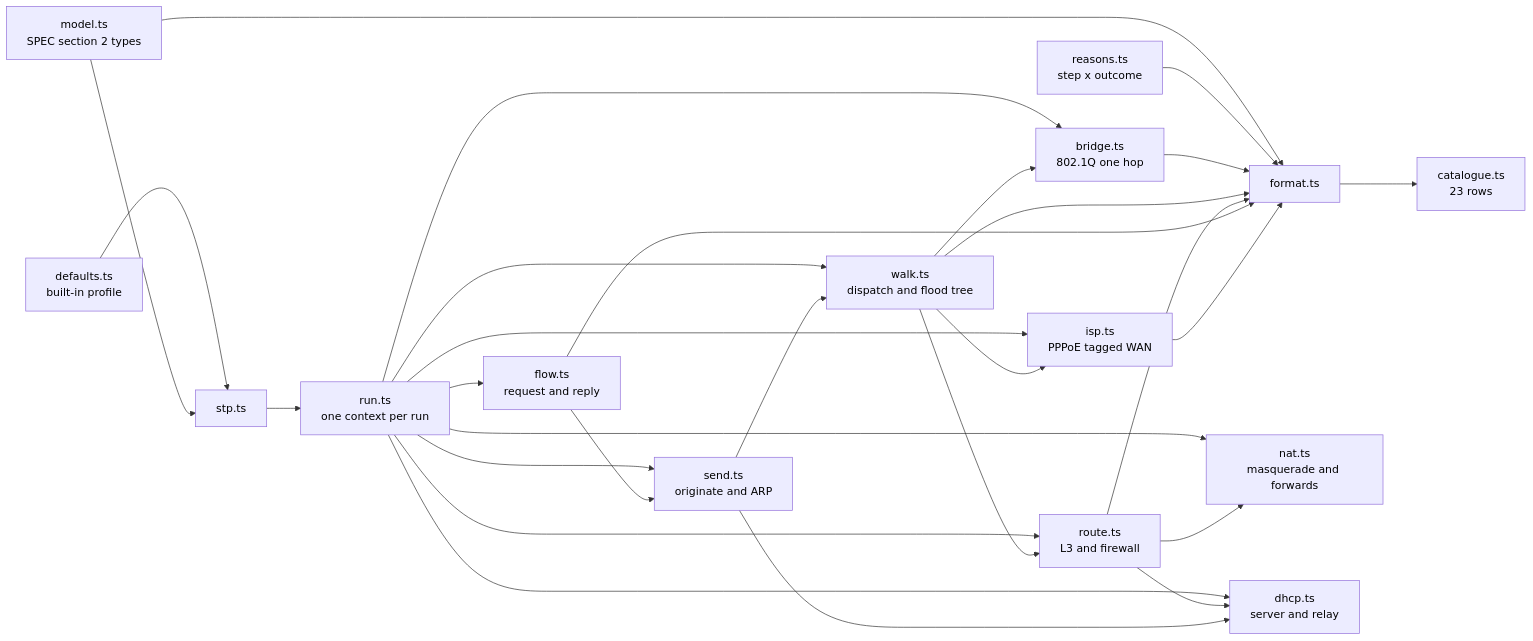
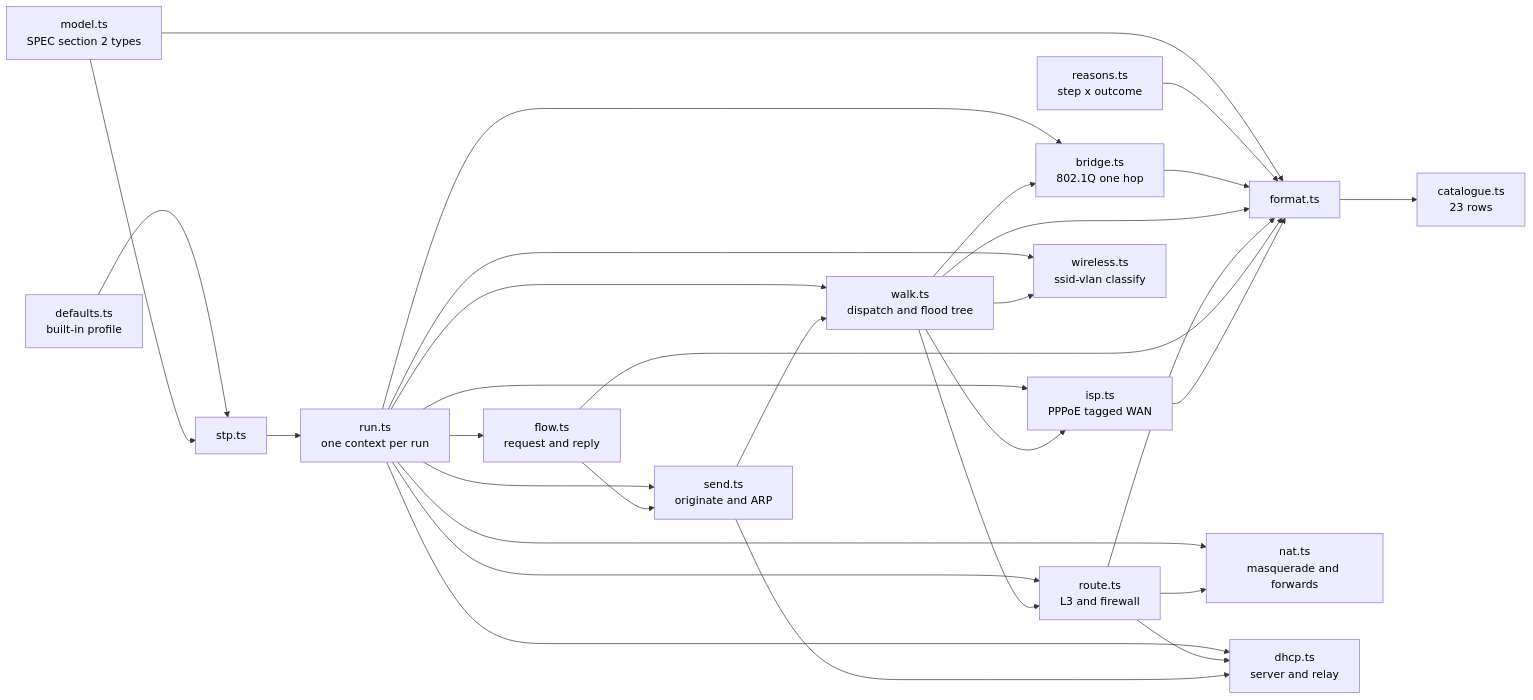
Before and after one commit to alanfong93/network-sandbox: the first of 3 diagrams in docs/architecture.md, drawn with Mermaid. The commit also changed other lines of this file and 10 other files, not shown here.

Commit message:
feat: dispatch wireless at ssid-vlan onto the chassis bridge (#29) (#34)

````diff
--- a/docs/architecture.md
+++ b/docs/architecture.md
@@ -16,45 +17,48 @@
 ```mermaid
 flowchart LR
     M[model.ts<br>SPEC section 2 types] --> F[format.ts]
     R[reasons.ts<br>step x outcome] --> F
     F --> C[catalogue.ts<br>23 rows]
     D[defaults.ts<br>built-in profile] --> S[stp.ts]
     M --> S
     S --> U[run.ts<br>one context per run]
     U --> B[bridge.ts<br>802.1Q one hop]
     U --> W[walk.ts<br>dispatch and flood tree]
     U --> O[route.ts<br>L3 and firewall]
     U --> NA[nat.ts<br>masquerade and forwards]
     U --> DH[dhcp.ts<br>server and relay]
     U --> ISP[isp.ts<br>PPPoE tagged WAN]
+    U --> WL[wireless.ts<br>ssid-vlan classify]
     U --> N[send.ts<br>originate and ARP]
     U --> L[flow.ts<br>request and reply]
     W --> B
     W --> O
     W --> ISP
+    W --> WL
     O --> NA
     O --> DH
     N --> W
     N --> DH
     L --> N
     B --> F
     W --> F
     O --> F
     L --> F
     ISP --> F
     style M color:#000
     style R color:#000
     style F color:#000
     style C color:#000
     style D color:#000
     style S color:#000
     style U color:#000
     style B color:#000
     style W color:#000
     style O color:#000
     style NA color:#000
     style DH color:#000
     style ISP color:#000
+    style WL color:#000
     style N color:#000
     style L color:#000
 ```
````
